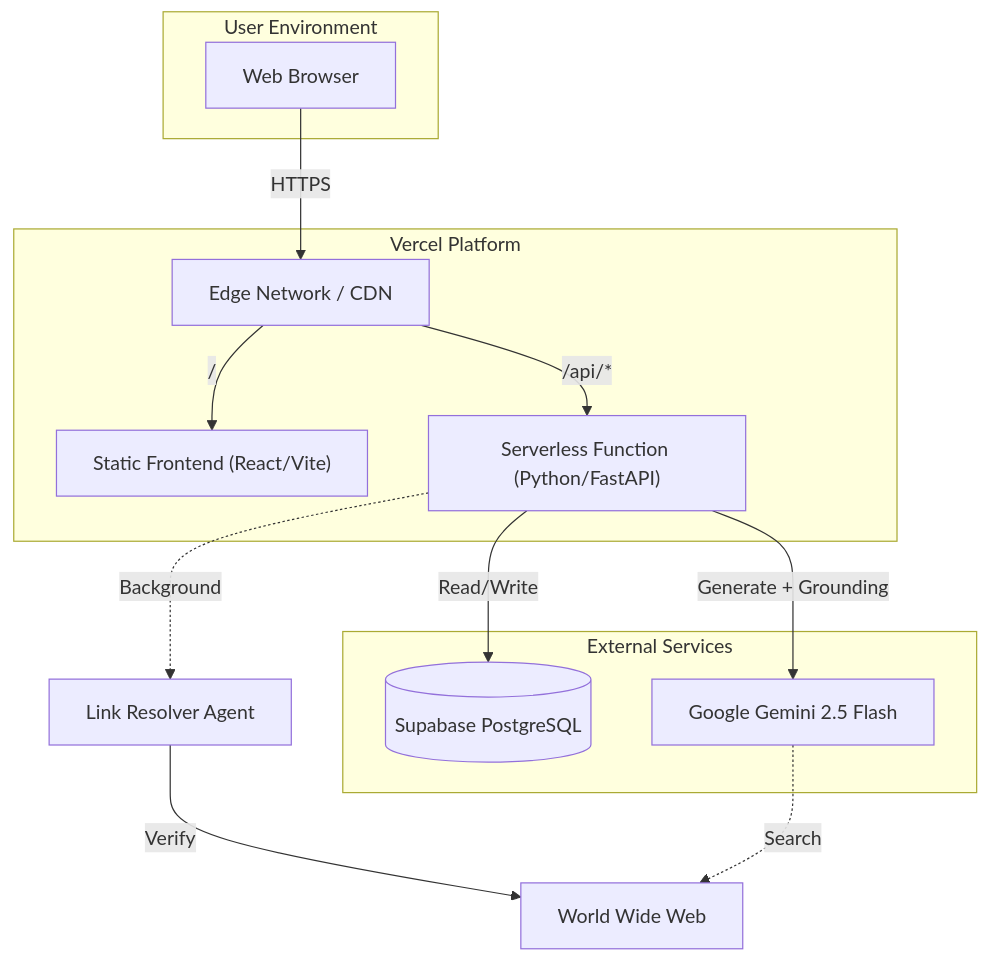
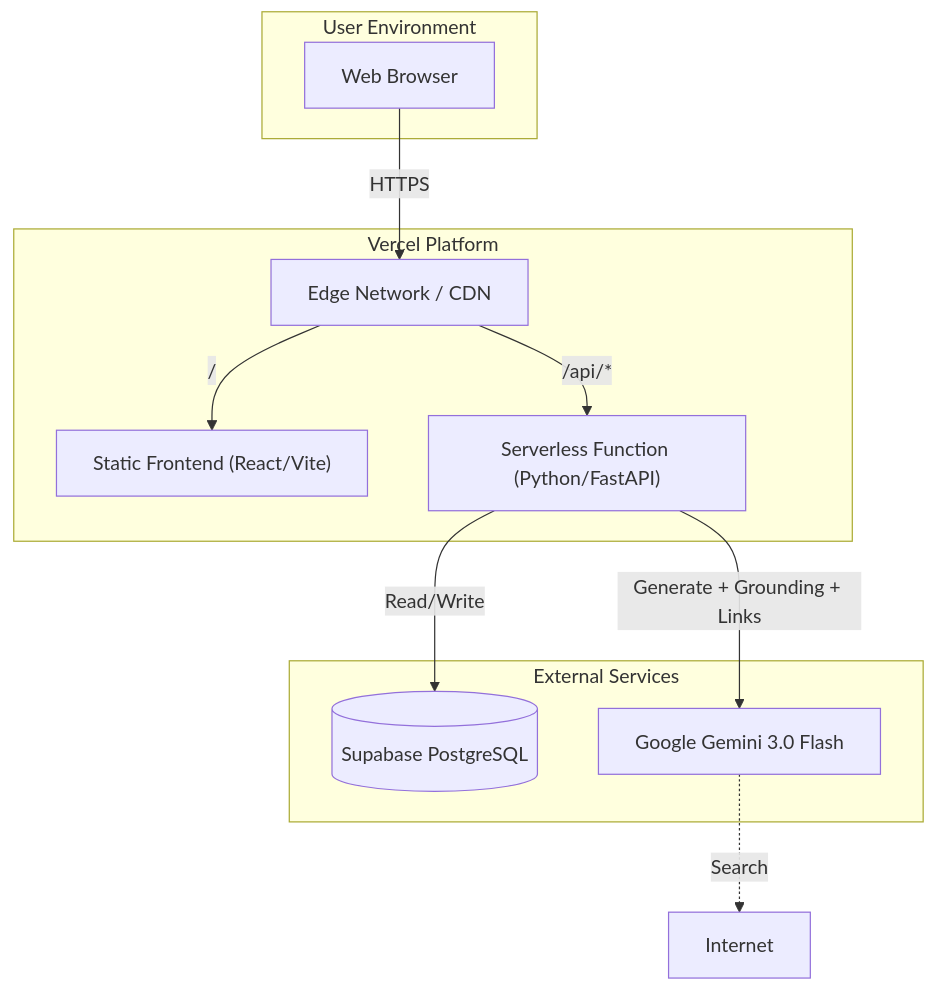
Before and after one commit to KAFKA2306/rule-scribe-games: the first of 3 diagrams in docs/PROJECT_MASTER_GUIDE.md, drawn with Mermaid. The commit also changed other lines of this file and 2 other files, not shown here.

````diff
--- a/docs/PROJECT_MASTER_GUIDE.md
+++ b/docs/PROJECT_MASTER_GUIDE.md
@@ -68,27 +68,25 @@
 ```mermaid
 graph TD
     subgraph Client ["User Environment"]
         Browser["Web Browser"]
     end
 
     subgraph Vercel ["Vercel Platform"]
         CDN["Edge Network / CDN"]
         FE["Static Frontend (React/Vite)"]
         BE["Serverless Function (Python/FastAPI)"]
     end
 
     subgraph External ["External Services"]
         Supabase[("Supabase PostgreSQL")]
-        Gemini["Google Gemini 2.5 Flash"]
+        Gemini["Google Gemini 3.0 Flash"]
     end
 
     Browser --> |HTTPS| CDN
     CDN --> |/| FE
     CDN --> |/api/*| BE
 
     BE --> |Read/Write| Supabase
-    BE --> |Generate + Grounding| Gemini
-    BE -.-> |Background| LinkResolver["Link Resolver Agent"]
-    LinkResolver --> |Verify| Internet["World Wide Web"]
+    BE --> |Generate + Grounding + Links| Gemini
     Gemini -.-> |Search| Internet
 ```
````
